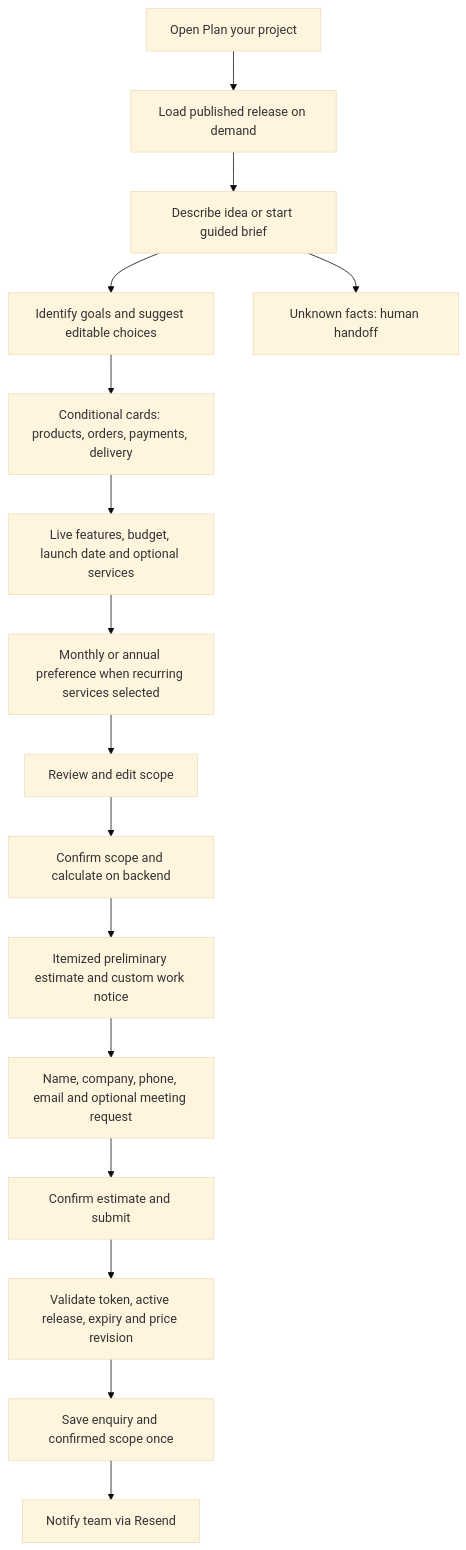
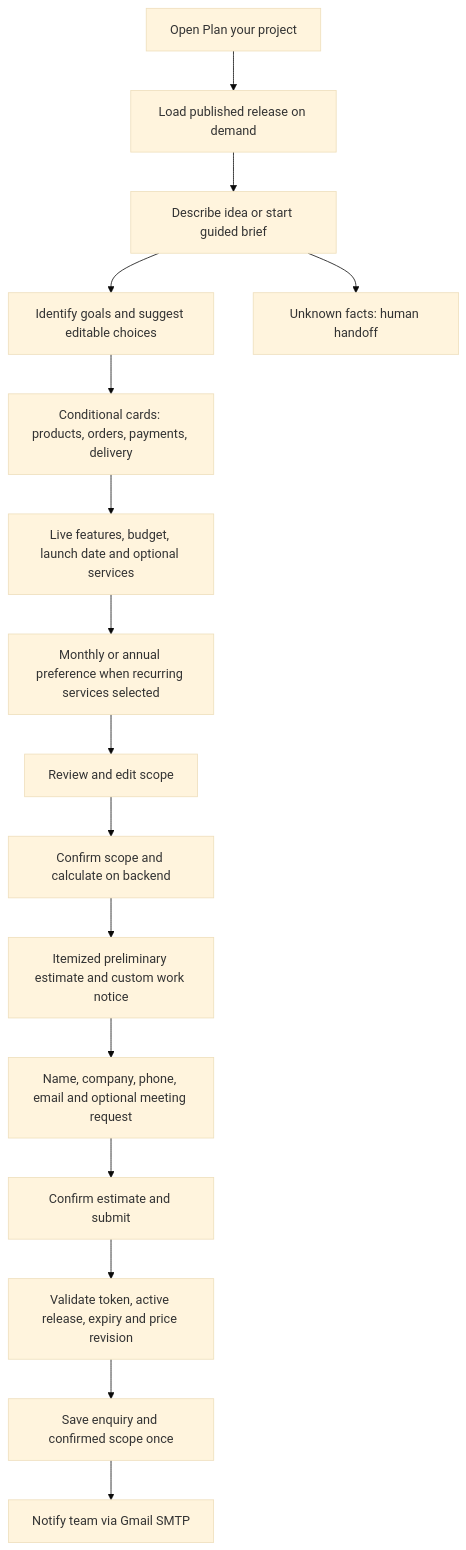
Before and after one commit to maxyong21/MV-Studio: the diagram in docs/CHATBOT.md, drawn with Mermaid (base theme). The commit also changed other lines of this file and 19 other files, not shown here.

Commit message:
Replace Resend with Gmail SMTP for enquiry notifications, add styled email templates and retry handling, and update the Supabase migration, admin status, and setup documentation.

````diff
--- a/docs/CHATBOT.md
+++ b/docs/CHATBOT.md
@@ -27,18 +27,18 @@
 ```mermaid
 flowchart TD
   A[Open Plan your project] --> B[Load published release on demand]
   B --> C[Describe idea or start guided brief]
   C --> D[Identify goals and suggest editable choices]
   D --> E[Conditional cards: products, orders, payments, delivery]
   E --> F[Live features, budget, launch date and optional services]
   F --> G[Monthly or annual preference when recurring services selected]
   G --> H[Review and edit scope]
   H --> I[Confirm scope and calculate on backend]
   I --> J[Itemized preliminary estimate and custom work notice]
   J --> K[Name, company, phone, email and optional meeting request]
   K --> L[Confirm estimate and submit]
   L --> M[Validate token, active release, expiry and price revision]
   M --> N[Save enquiry and confirmed scope once]
-  N --> O[Notify team via Resend]
+  N --> O[Notify team via Gmail SMTP]
   C --> P[Unknown facts: human handoff]
 ```
````
